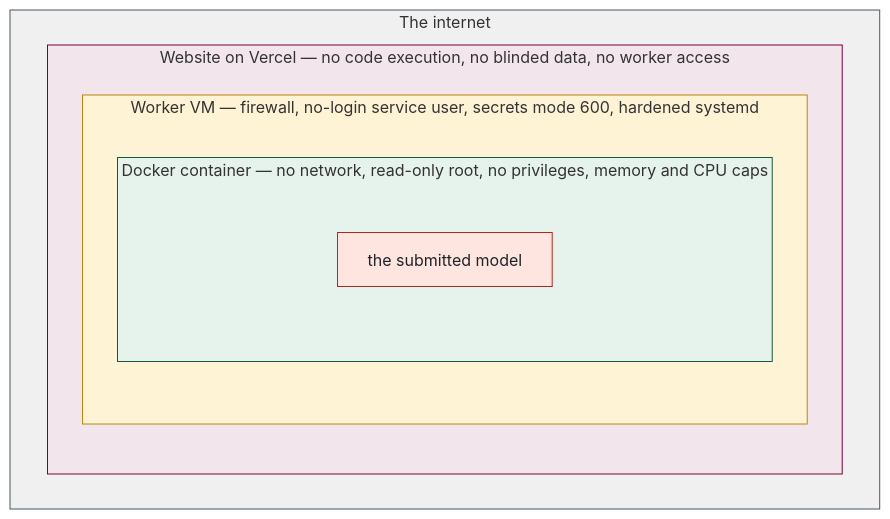
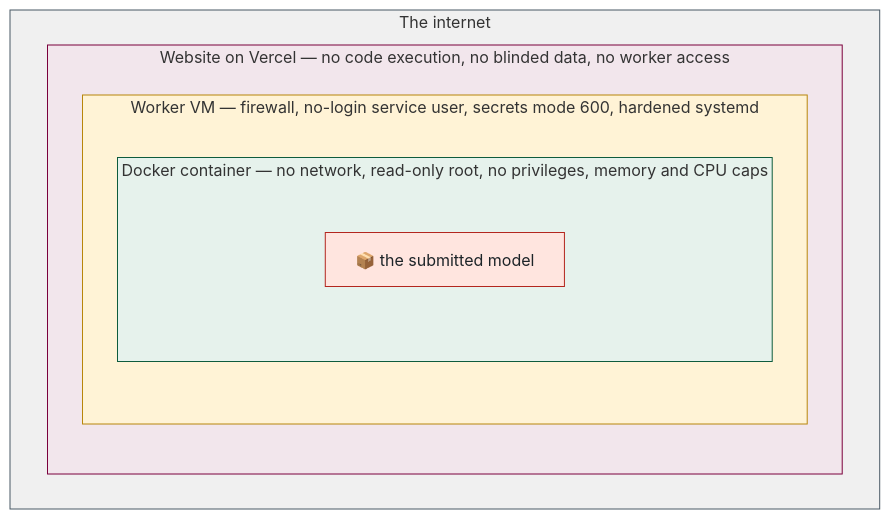
One commit to McMaster-Battery-Research-Group/battery-soc-benchmark changed the first of 2 diagrams in docs/walkthrough/12-security-threats-and-what-stops-them.md. Above: the diagram before and after it, drawn with Mermaid. The commit also changed other lines of this file and 38 other files, not shown here.

Commit message:
Walkthrough: consistent icon system (icon key, part and section icons, diagram labels) + tool/company logos

````diff
--- a/docs/walkthrough/12-security-threats-and-what-stops-them.md
+++ b/docs/walkthrough/12-security-threats-and-what-stops-them.md
@@ -7,18 +7,18 @@
 ```mermaid
 flowchart TB
     subgraph L0["The internet"]
         subgraph L1["Website on Vercel — no code execution, no blinded data, no worker access"]
             subgraph L2["Worker VM — firewall, no-login service user, secrets mode 600, hardened systemd"]
                 subgraph L3["Docker container — no network, read-only root, no privileges, memory and CPU caps"]
-                    M["the submitted model"]
+                    M["📦 the submitted model"]
                 end
             end
         end
     end
     style L0 fill:#F0F0F0,stroke:#495965
     style L1 fill:#F2E6EC,stroke:#7A003C
     style L2 fill:#FFF3D6,stroke:#B8860B
     style L3 fill:#E6F2EC,stroke:#0E5B3D
     classDef danger fill:#FFE5DF,stroke:#B3261E,color:#1d2428
     class M danger
 ```
````
